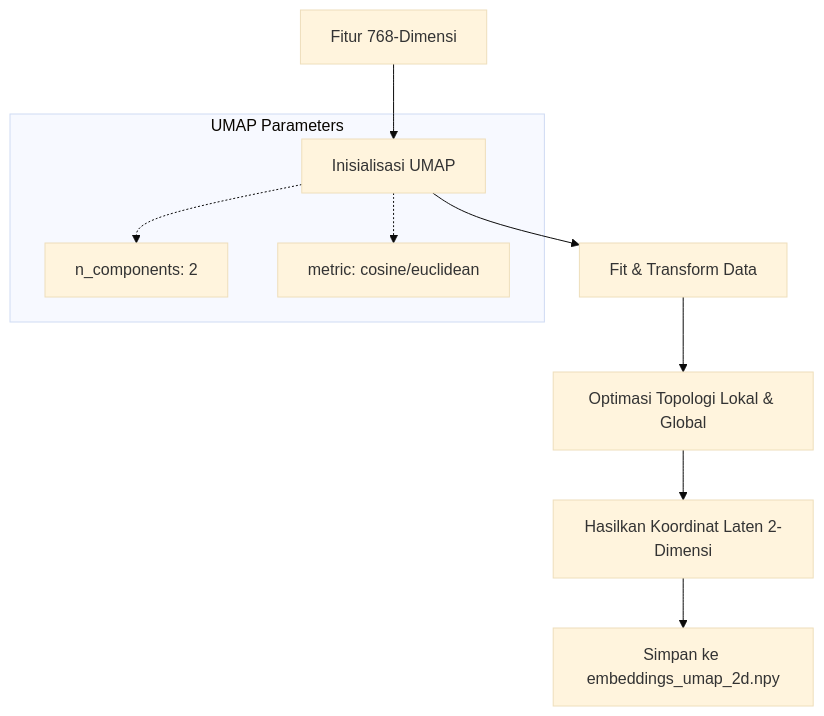
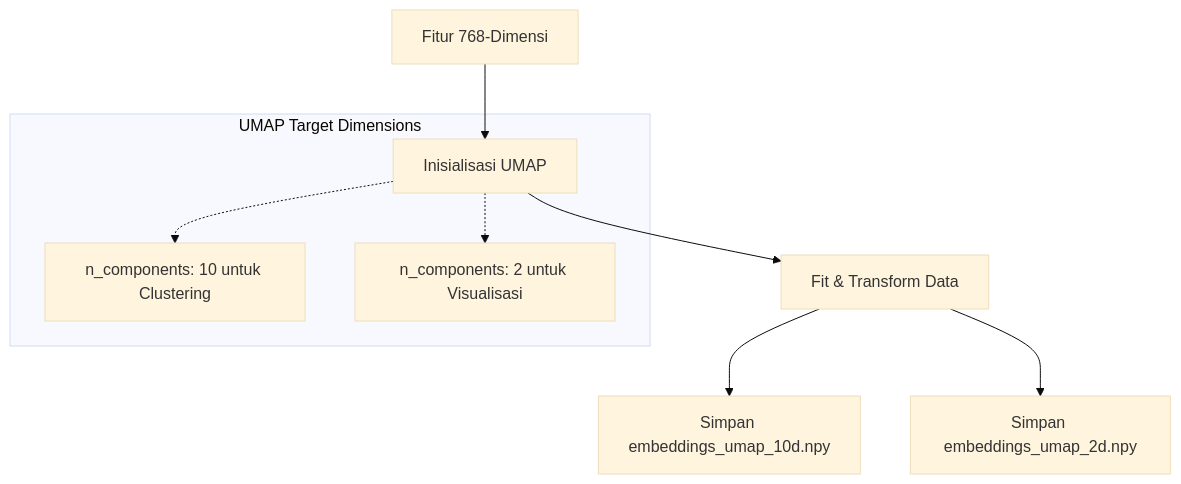
Before and after one commit to Official-Fidev/dino_vits16_togog_clustering: the fourth of 6 diagrams in docs/skripsi/PENJELASAN_FLOWCHART_SKRIPSI.md, drawn with Mermaid (base theme). The commit also changed other lines of this file and 13 other files, not shown here.

Commit message:
feat: integrate Optuna-based auto-tuning for HDBSCAN parameters, support multi-dimensional embeddings for clustering, and implement automated pipeline execution logging.

````diff
--- a/docs/skripsi/PENJELASAN_FLOWCHART_SKRIPSI.md
+++ b/docs/skripsi/PENJELASAN_FLOWCHART_SKRIPSI.md
@@ -62,14 +99,13 @@
 ```mermaid
 graph TD
     Feat[Fitur 768-Dimensi] --> UMAPInit[Inisialisasi UMAP]
     
-    subgraph "UMAP Parameters"
-    UMAPInit -.-> Param1[n_components: 2]
-    UMAPInit -.-> Param2[metric: cosine/euclidean]
+    subgraph "UMAP Target Dimensions"
+    UMAPInit -.-> Param1[n_components: 10 untuk Clustering]
+    UMAPInit -.-> Param2[n_components: 2 untuk Visualisasi]
     end
     
     UMAPInit --> FitTrans[Fit & Transform Data]
-    FitTrans --> Opt[Optimasi Topologi Lokal & Global]
-    Opt --> LowDim[Hasilkan Koordinat Laten 2-Dimensi]
-    LowDim --> SaveEmb[Simpan ke embeddings_umap_2d.npy]
+    FitTrans --> Output10[Simpan embeddings_umap_10d.npy]
+    FitTrans --> Output2[Simpan embeddings_umap_2d.npy]
 ```
````
